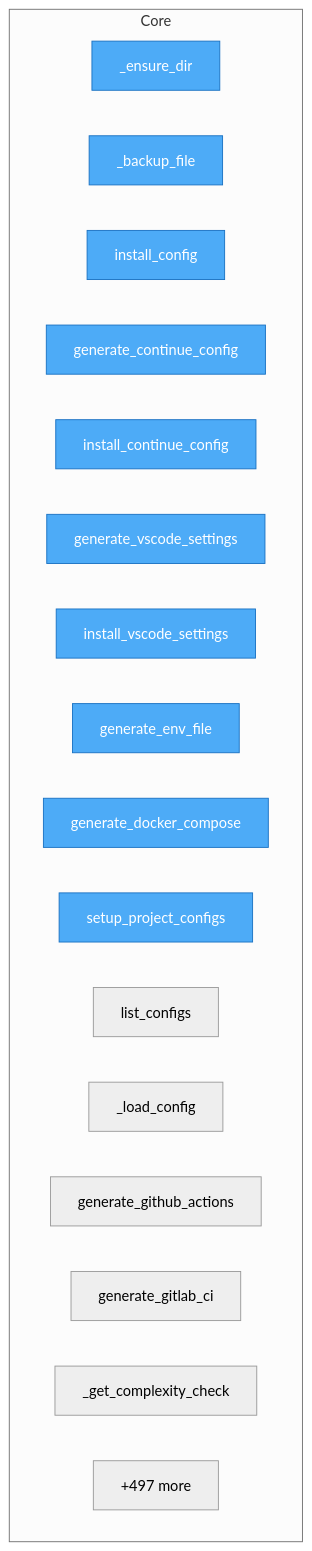
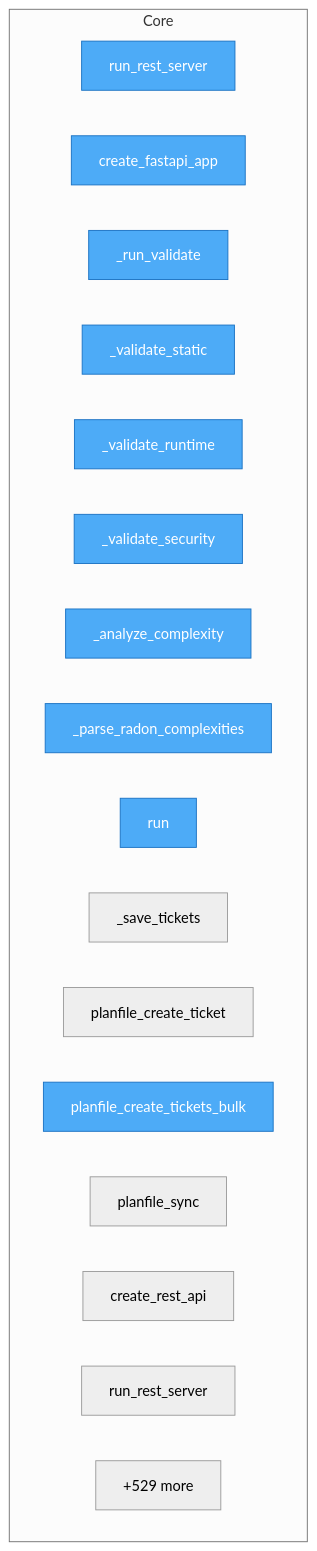
The diagram in project/flow.mmd (semcod/algitex), drawn with Mermaid (neutral theme) before and after one commit. The commit also changed 29 other files, not shown here.

```diff
--- a/project/flow.mmd
+++ b/project/flow.mmd
@@ -1,25 +1,25 @@
 flowchart TD
 
     %% Entry points (blue)
     classDef entry fill:#4dabf7,stroke:#1971c2,color:#fff
 
     subgraph Core
-        src__algitex__tools__config__ConfigManager___ensure_dir["_ensure_dir"]
-        src__algitex__tools__config__ConfigManager___backup_file["_backup_file"]
-        src__algitex__tools__config__ConfigManager__install_config["install_config"]
-        src__algitex__tools__config__ConfigManager__generate_continue_config["generate_continue_config"]
-        src__algitex__tools__config__ConfigManager__install_continue_config["install_continue_config"]
-        src__algitex__tools__config__ConfigManager__generate_vscode_settings["generate_vscode_settings"]
-        src__algitex__tools__config__ConfigManager__install_vscode_settings["install_vscode_settings"]
-        src__algitex__tools__config__ConfigManager__generate_env_file["generate_env_file"]
-        src__algitex__tools__config__ConfigManager__generate_docker_compose["generate_docker_compose"]
-        src__algitex__tools__config__ConfigManager__setup_project_configs["setup_project_configs"]
-        src__algitex__tools__config__ConfigManager__list_configs["list_configs"]
-        src__algitex__tools__cicd__CICDGenerator___load_config["_load_config"]
-        src__algitex__tools__cicd__CICDGenerator__generate_github_actions["generate_github_actions"]
-        src__algitex__tools__cicd__CICDGenerator__generate_gitlab_ci["generate_gitlab_ci"]
-        src__algitex__tools__cicd__CICDGenerator___get_complexity_check["_get_complexity_check"]
-        ...["+497 more"]
+        docker__aider_mcp__aider_mcp_server__run_rest_server["run_rest_server"]
+        docker__vallm__vallm_server__VallmServer__create_fastapi_app["create_fastapi_app"]
+        docker__vallm__vallm_server__VallmServer___run_validate["_run_validate"]
+        docker__vallm__vallm_server__VallmServer___validate_static["_validate_static"]
+        docker__vallm__vallm_server__VallmServer___validate_runtime["_validate_runtime"]
+        docker__vallm__vallm_server__VallmServer___validate_security["_validate_security"]
+        docker__vallm__vallm_server__VallmServer___analyze_complexity["_analyze_complexity"]
+        docker__vallm__vallm_server__VallmServer___parse_radon_complexities["_parse_radon_complexities"]
+        docker__vallm__vallm_server__VallmServer__run["run"]
+        docker__planfile_mcp__planfile_mcp_server___save_tickets["_save_tickets"]
+        docker__planfile_mcp__planfile_mcp_server__planfile_create_ticket["planfile_create_ticket"]
+        docker__planfile_mcp__planfile_mcp_server__planfile_create_tickets_bulk["planfile_create_tickets_bulk"]
+        docker__planfile_mcp__planfile_mcp_server__planfile_sync["planfile_sync"]
+        docker__planfile_mcp__planfile_mcp_server__create_rest_api["create_rest_api"]
+        docker__planfile_mcp__planfile_mcp_server__run_rest_server["run_rest_server"]
+        ...["+529 more"]
     end
 
-    class src__algitex__tools__config__ConfigManager___ensure_dir,src__algitex__tools__config__ConfigManager___backup_file,src__algitex__tools__config__ConfigManager__install_config,src__algitex__tools__config__ConfigManager__generate_continue_config,src__algitex__tools__config__ConfigManager__install_continue_config,src__algitex__tools__config__ConfigManager__generate_vscode_settings,src__algitex__tools__config__ConfigManager__install_vscode_settings,src__algitex__tools__config__ConfigManager__generate_env_file,src__algitex__tools__config__ConfigManager__generate_docker_compose,src__algitex__tools__config__ConfigManager__setup_project_configs entry
+    class docker__aider_mcp__aider_mcp_server__run_rest_server,docker__vallm__vallm_server__VallmServer__create_fastapi_app,docker__vallm__vallm_server__VallmServer___run_validate,docker__vallm__vallm_server__VallmServer___validate_static,docker__vallm__vallm_server__VallmServer___validate_runtime,docker__vallm__vallm_server__VallmServer___validate_security,docker__vallm__vallm_server__VallmServer___analyze_complexity,docker__vallm__vallm_server__VallmServer___parse_radon_complexities,docker__vallm__vallm_server__VallmServer__run,docker__planfile_mcp__planfile_mcp_server__planfile_create_tickets_bulk entry
```
